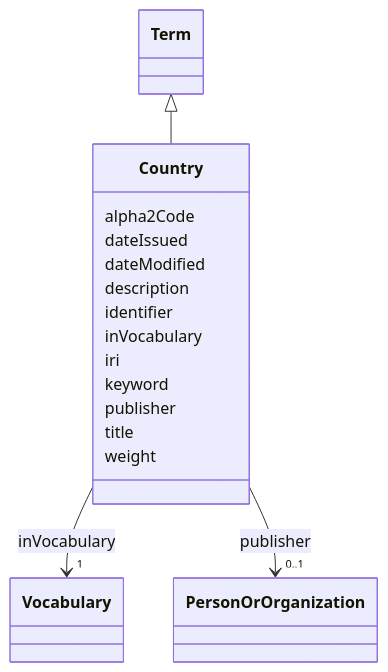
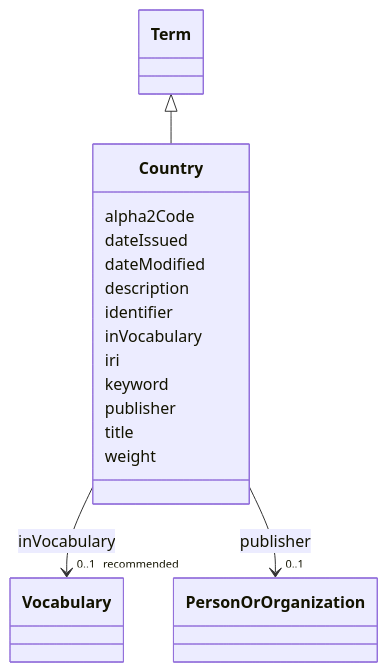
Before and after one commit to EVORA-project/evora-ontology: the diagram in models/docs/Country.md, drawn with Mermaid. The commit also changed other lines of this file and 307 other files, not shown here.

````diff
--- a/models/docs/Country.md
+++ b/models/docs/Country.md
@@ -19,45 +19,45 @@
 ```mermaid
  classDiagram
     class Country
     click Country href "../Country"
       Term <|-- Country
         click Term href "../Term"
       
       Country : alpha2Code
         
       Country : dateIssued
         
       Country : dateModified
         
       Country : description
         
       Country : identifier
         
       Country : inVocabulary
         
           
     
     
-    Country --> "1" Vocabulary : inVocabulary
+    Country --> "0..1 _recommended_" Vocabulary : inVocabulary
     click Vocabulary href "../Vocabulary"
 
         
       Country : iri
         
       Country : keyword
         
       Country : publisher
         
           
     
     
     Country --> "0..1" PersonOrOrganization : publisher
     click PersonOrOrganization href "../PersonOrOrganization"
 
         
       Country : title
         
       Country : weight
         
       
 ```
````
